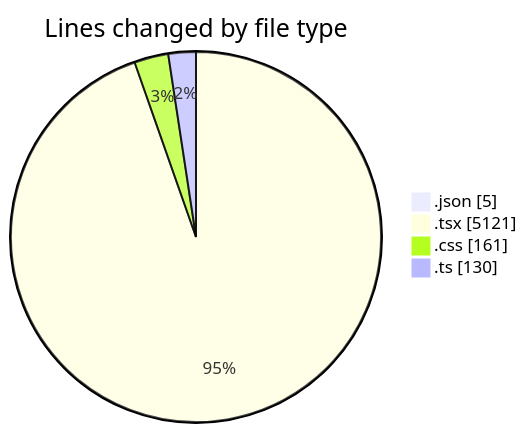
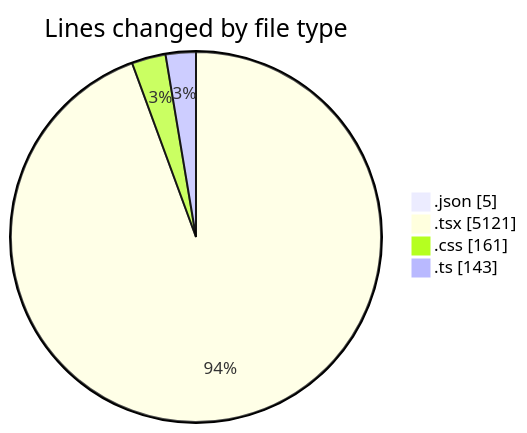
Before and after one commit to Elitesun/code-tracking: the first of 2 diagrams in 2025-05-29/advertise/README.md, drawn with Mermaid. The commit also changed other lines of this file and 1 other file, not shown here.

````diff
--- a/2025-05-29/advertise/README.md
+++ b/2025-05-29/advertise/README.md
@@ -43,8 +43,8 @@
 ```mermaid
 pie showData
 title Lines changed by file type
 ".json" : 5
 ".tsx" : 5121
 ".css" : 161
-".ts" : 130
+".ts" : 143
 ```
````
